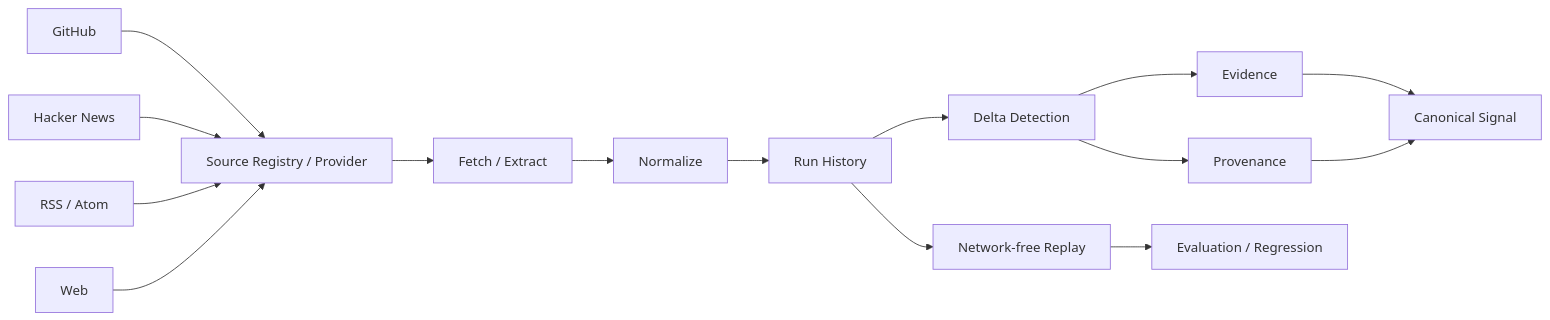
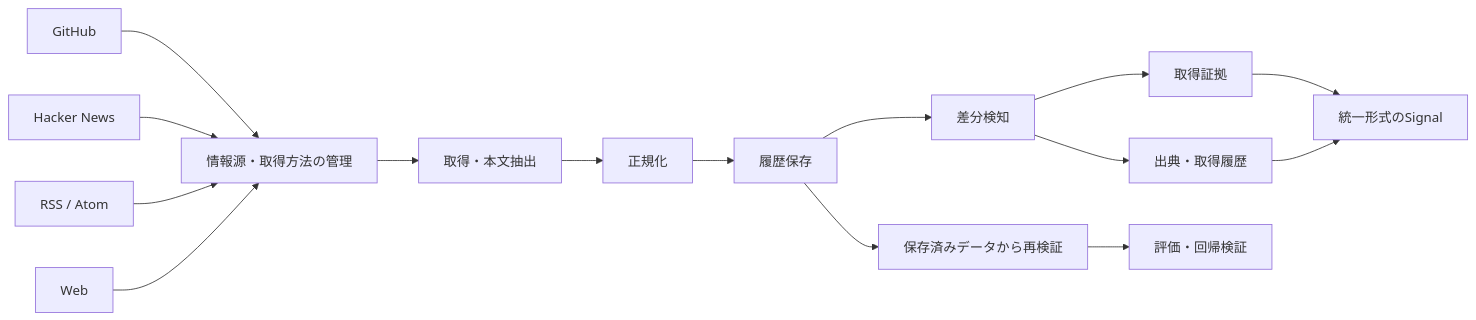
The diagram in projects/02_signal_harvester.md (hiromi1992/ai-engineering-portfolio), drawn with Mermaid before and after one commit. The commit also changed other lines of this file, not shown here.

Commit message:
Rewrite Signal Harvester page in clearer Japanese

````diff
--- a/projects/02_signal_harvester.md
+++ b/projects/02_signal_harvester.md
@@ -13,17 +13,17 @@
 ```mermaid
 flowchart LR
-    A1[GitHub] --> B[Source Registry / Provider]
+    A1[GitHub] --> B[情報源・取得方法の管理]
     A2[Hacker News] --> B
     A3[RSS / Atom] --> B
     A4[Web] --> B
-    B --> C[Fetch / Extract]
-    C --> D[Normalize]
-    D --> E[Run History]
-    E --> F[Delta Detection]
-    F --> G[Evidence]
-    F --> H[Provenance]
-    G --> I[Canonical Signal]
+    B --> C[取得・本文抽出]
+    C --> D[正規化]
+    D --> E[履歴保存]
+    E --> F[差分検知]
+    F --> G[取得証拠]
+    F --> H[出典・取得履歴]
+    G --> I[統一形式のSignal]
     H --> I
-    E --> J[Network-free Replay]
-    J --> K[Evaluation / Regression]
+    E --> J[保存済みデータから再検証]
+    J --> K[評価・回帰検証]
 ```
````
